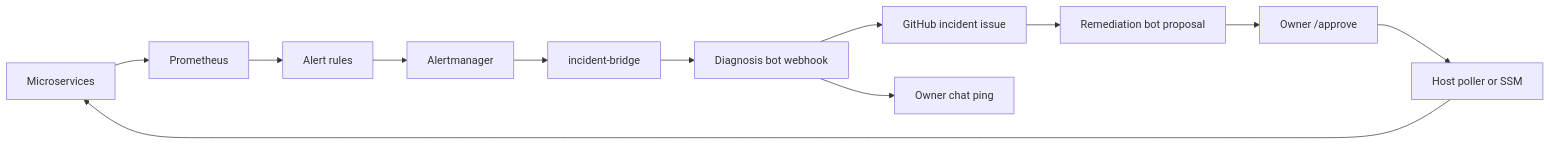
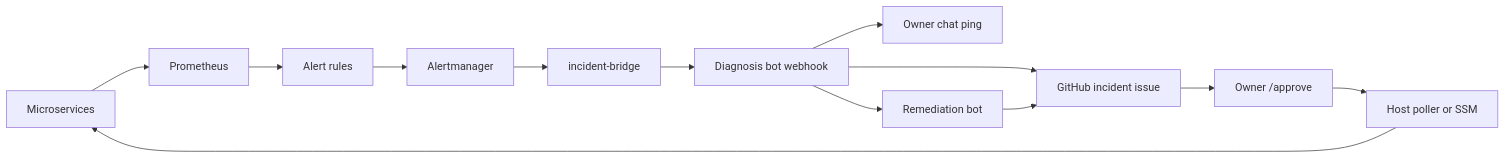
One commit to ritvikindupuri/ResilienceOps changed the diagram in README.md. Above: the diagram before and after it, drawn with Mermaid. The commit also changed other lines of this file and 7 other files, not shown here.

First line of the commit message:
Route remediator as a Diagnosis handoff and shorten Figure 1.

````diff
--- a/README.md
+++ b/README.md
@@ -532,14 +545,15 @@
 ```mermaid
 flowchart LR
   services[Microservices] --> prom[Prometheus]
   prom --> rules[Alert rules]
   rules --> am[Alertmanager]
   am --> bridge[incident-bridge]
   bridge --> diag[Diagnosis bot webhook]
   diag --> gh[GitHub incident issue]
   diag --> chat[Owner chat ping]
-  gh --> rem[Remediation bot proposal]
-  rem --> approve["Owner /approve"]
+  diag --> rem[Remediation bot]
+  rem --> gh
+  gh --> approve["Owner /approve"]
   approve --> host[Host poller or SSM]
   host --> services
 ```
````
